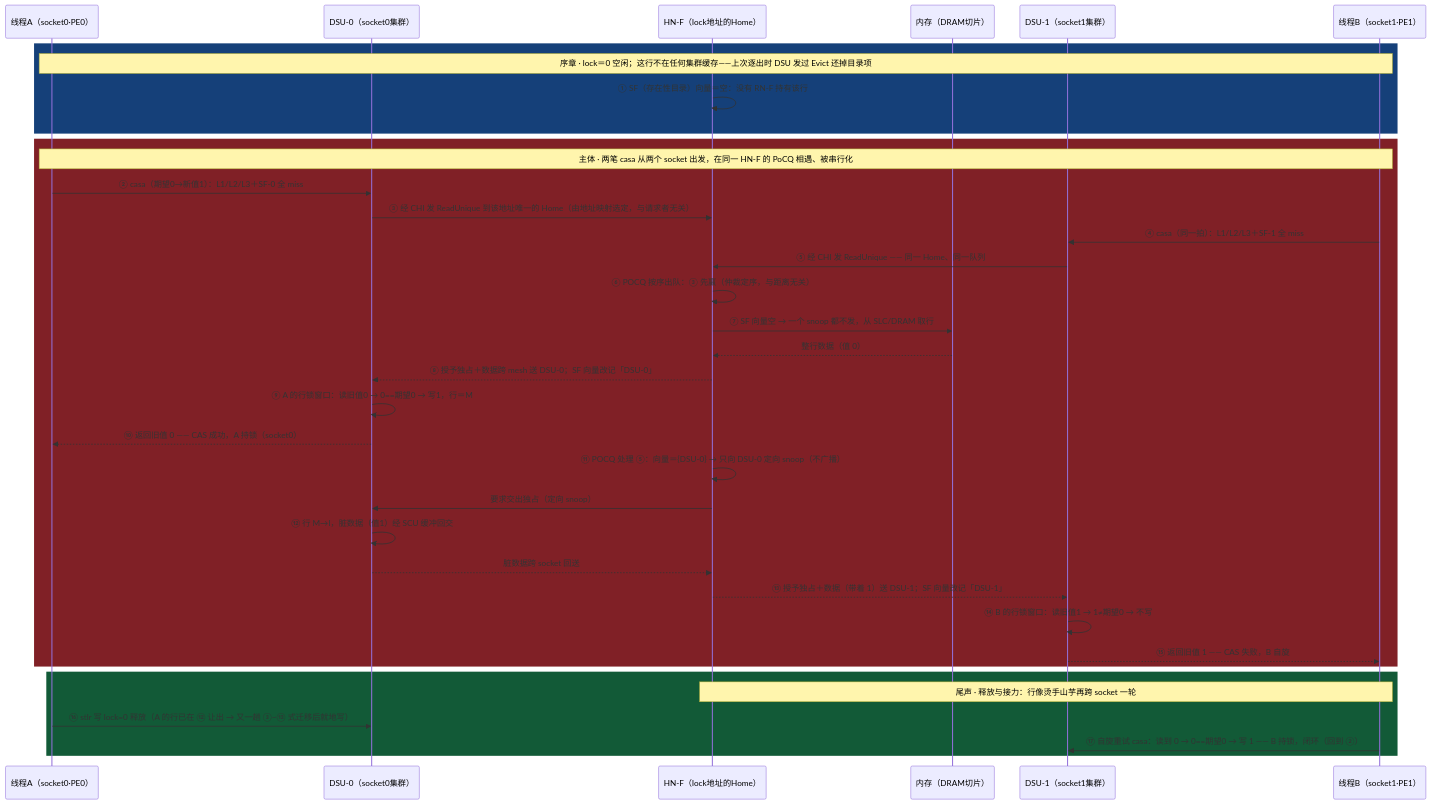
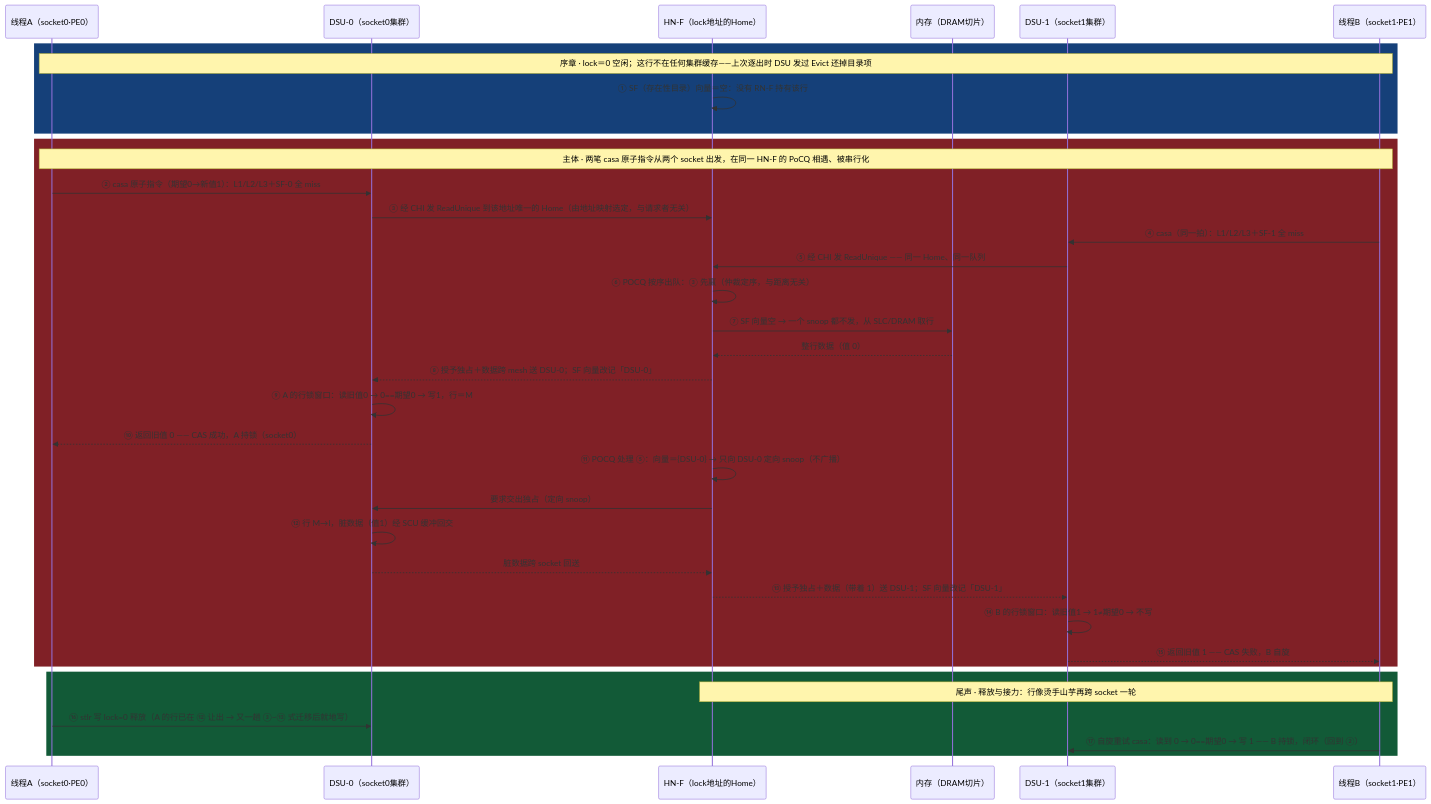
The diagram in 001.UNIX-DOCS/051.AI-ASSISANT/003.跨SOCKET缓存一致性(arm64双路系统CAS竞争全流程).md (Berries-Wang/Berries-Kernel), drawn with Mermaid before and after one commit. The commit also changed other lines of this file and 4 other files, not shown here.

````diff
--- a/001.UNIX-DOCS/051.AI-ASSISANT/003.跨SOCKET缓存一致性(arm64双路系统CAS竞争全流程).md
+++ b/001.UNIX-DOCS/051.AI-ASSISANT/003.跨SOCKET缓存一致性(arm64双路系统CAS竞争全流程).md
@@ -37,42 +37,42 @@
 ```mermaid
 %%{init: {"theme":"base","themeVariables":{"background":"#000000","fontFamily":"PingFang SC, Microsoft YaHei, sans-serif","actorBkg":"#1f2937","actorBorder":"#6b7280","actorTextColor":"#ffffff","actorLineColor":"#9ca3af","signalColor":"#ffffff","signalTextColor":"#ffffff","noteBkgColor":"#111827","noteTextColor":"#ffffff","noteBorderColor":"#6b7280","actorFontSize":"18px","messageFontSize":"17px","noteFontSize":"15px"},"sequence":{"messageMargin":42,"actorMargin":90},"themeCSS":"svg{background-color:#000000;}"}%%
 sequenceDiagram
     participant A as 线程A（socket0·PE0）
     participant D0 as DSU-0（socket0集群）
     participant H as HN-F（lock地址的Home）
     participant M as 内存（DRAM切片）
     participant D1 as DSU-1（socket1集群）
     participant B as 线程B（socket1·PE1）
 
     rect rgb(21,64,121)
         Note over A,B: 序章 · lock＝0 空闲；这行不在任何集群缓存——上次逐出时 DSU 发过 Evict 还掉目录项
         H->>H: ① SF（存在性目录）向量＝空：没有 RN-F 持有该行
     end
 
     rect rgb(128,32,38)
-        Note over A,B: 主体 · 两笔 casa 从两个 socket 出发，在同一 HN-F 的 PoCQ 相遇、被串行化
-        A->>D0: ② casa（期望0→新值1）：L1/L2/L3＋SF-0 全 miss
+        Note over A,B: 主体 · 两笔 casa 原子指令从两个 socket 出发，在同一 HN-F 的 PoCQ 相遇、被串行化
+        A->>D0: ② casa 原子指令（期望0→新值1）：L1/L2/L3＋SF-0 全 miss
         D0->>H: ③ 经 CHI 发 ReadUnique 到该地址唯一的 Home（由地址映射选定，与请求者无关）
         B->>D1: ④ casa（同一拍）：L1/L2/L3＋SF-1 全 miss
         D1->>H: ⑤ 经 CHI 发 ReadUnique —— 同一 Home、同一队列
         H->>H: ⑥ POCQ 按序出队：③ 先赢（仲裁定序，与距离无关）
         H->>M: ⑦ SF 向量空 → 一个 snoop 都不发，从 SLC/DRAM 取行
         M-->>H: 整行数据（值 0）
         H-->>D0: ⑧ 授予独占＋数据跨 mesh 送 DSU-0；SF 向量改记「DSU-0」
         D0->>D0: ⑨ A 的行锁窗口：读旧值0 → 0==期望0 → 写1，行＝M
         D0-->>A: ⑩ 返回旧值 0 —— CAS 成功，A 持锁（socket0）
         H->>H: ⑪ POCQ 处理 ⑤：向量＝{DSU-0} → 只向 DSU-0 定向 snoop（不广播）
         H->>D0: 要求交出独占（定向 snoop）
         D0->>D0: ⑫ 行 M→I，脏数据（值1）经 SCU 缓冲回交
         D0-->>H: 脏数据跨 socket 回送
         H-->>D1: ⑬ 授予独占＋数据（带着 1）送 DSU-1；SF 向量改记「DSU-1」
         D1->>D1: ⑭ B 的行锁窗口：读旧值1 → 1≠期望0 → 不写
         D1-->>B: ⑮ 返回旧值 1 —— CAS 失败，B 自旋
     end
 
     rect rgb(18,90,55)
         Note over H,B: 尾声 · 释放与接力：行像烫手山芋再跨 socket 一轮
         A->>D0: ⑯ stlr 写 lock=0 释放（A 的行已在 ⑫ 让出 → 又一趟 ③~⑬ 式迁移后就地写）
         B->>D1: ⑰ 自旋重试 casa：读到 0 → 0==期望0 → 写 1 —— B 持锁，闭环（回到 ②）
     end
 ```
````
